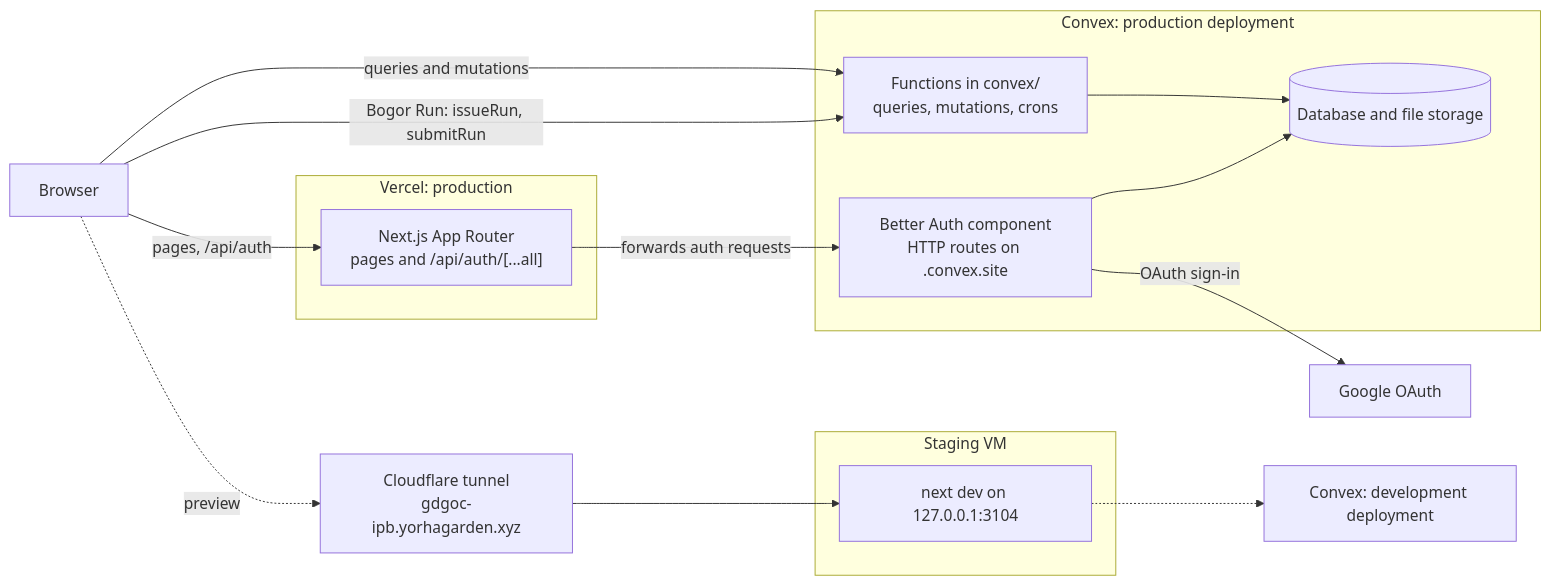
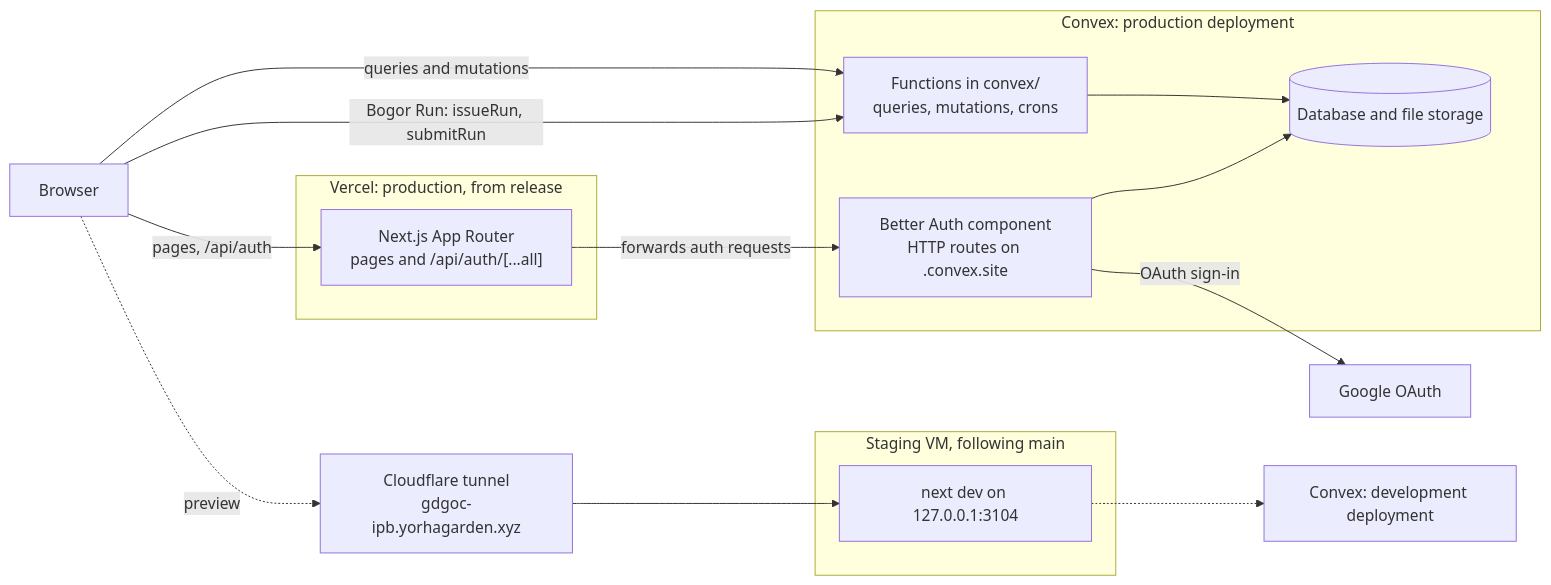
Before and after one commit to gdgoc-ipb-university/gdgoc-web: the diagram in docs/ARCHITECTURE.md, drawn with Mermaid. The commit also changed other lines of this file and 10 other files, not shown here.

First line of the commit message:
docs(repo): production deploys from the release branch (#129) (#130)

````diff
--- a/docs/ARCHITECTURE.md
+++ b/docs/ARCHITECTURE.md
@@ -5,31 +5,31 @@
 ```mermaid
 flowchart LR
   browser["Browser"]
   google["Google OAuth"]
 
-  subgraph vercel["Vercel: production"]
+  subgraph vercel["Vercel: production, from release"]
     next["Next.js App Router<br/>pages and /api/auth/[...all]"]
   end
 
   subgraph convex["Convex: production deployment"]
     fns["Functions in convex/<br/>queries, mutations, crons"]
     auth["Better Auth component<br/>HTTP routes on .convex.site"]
     db[("Database and file storage")]
   end
 
-  subgraph staging["Staging VM"]
+  subgraph staging["Staging VM, following main"]
     dev["next dev on 127.0.0.1:3104"]
   end
   tunnel["Cloudflare tunnel<br/>gdgoc-ipb.yorhagarden.xyz"]
   convexdev["Convex: development deployment"]
 
   browser -- "pages, /api/auth" --> next
   next -- "forwards auth requests" --> auth
   auth -- "OAuth sign-in" --> google
   browser -- "queries and mutations" --> fns
   browser -- "Bogor Run: issueRun, submitRun" --> fns
   fns --> db
   auth --> db
   browser -. "preview" .-> tunnel --> dev
   dev -.-> convexdev
 ```
````
